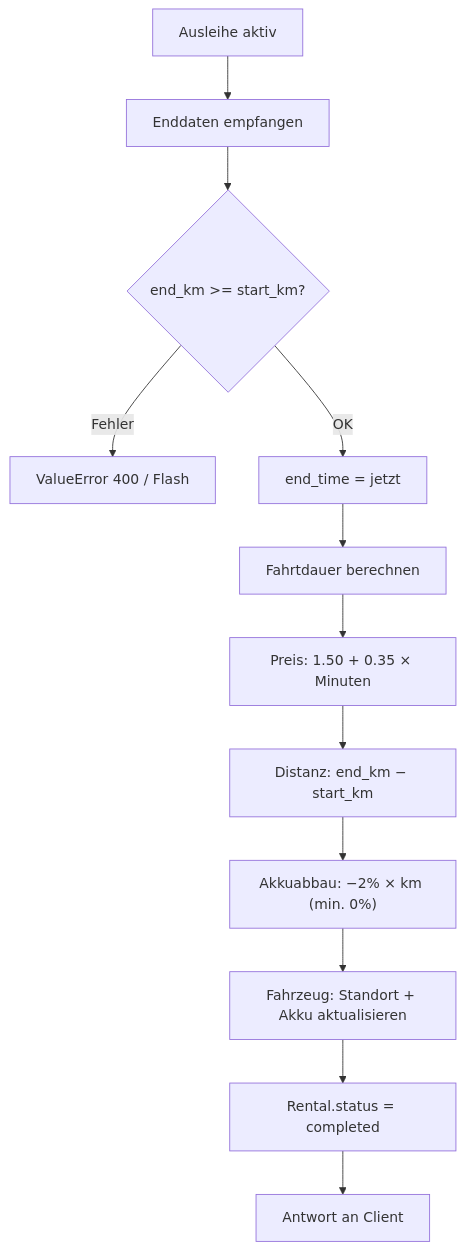
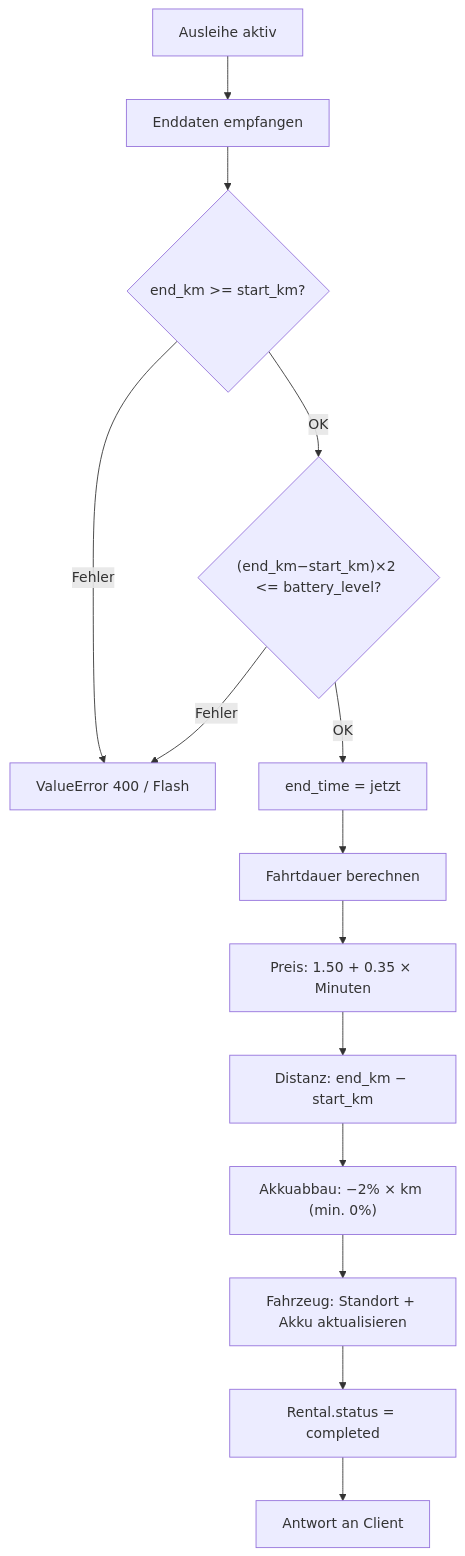
The fourth of 5 diagrams in docs/05_systemarchitektur.md (mogomes/e-mobility), drawn with Mermaid before and after one commit. The commit also changed other lines of this file and 9 other files, not shown here.

````diff
--- a/docs/05_systemarchitektur.md
+++ b/docs/05_systemarchitektur.md
@@ -145,14 +145,16 @@
 ```mermaid
 flowchart TD
     A[Ausleihe aktiv] --> B[Enddaten empfangen]
     B --> C{end_km >= start_km?}
     C -- Fehler --> D[ValueError 400 / Flash]
-    C -- OK --> E[end_time = jetzt]
+    C -- OK --> C2{"(end_km−start_km)×2 <= battery_level?"}
+    C2 -- Fehler --> D
+    C2 -- OK --> E[end_time = jetzt]
     E --> F[Fahrtdauer berechnen]
     F --> G["Preis: 1.50 + 0.35 × Minuten"]
     G --> H["Distanz: end_km − start_km"]
     H --> H2["Akkuabbau: −2% × km (min. 0%)"]
     H2 --> I[Fahrzeug: Standort + Akku aktualisieren]
     I --> J[Rental.status = completed]
     J --> K[Antwort an Client]
 ```
````
